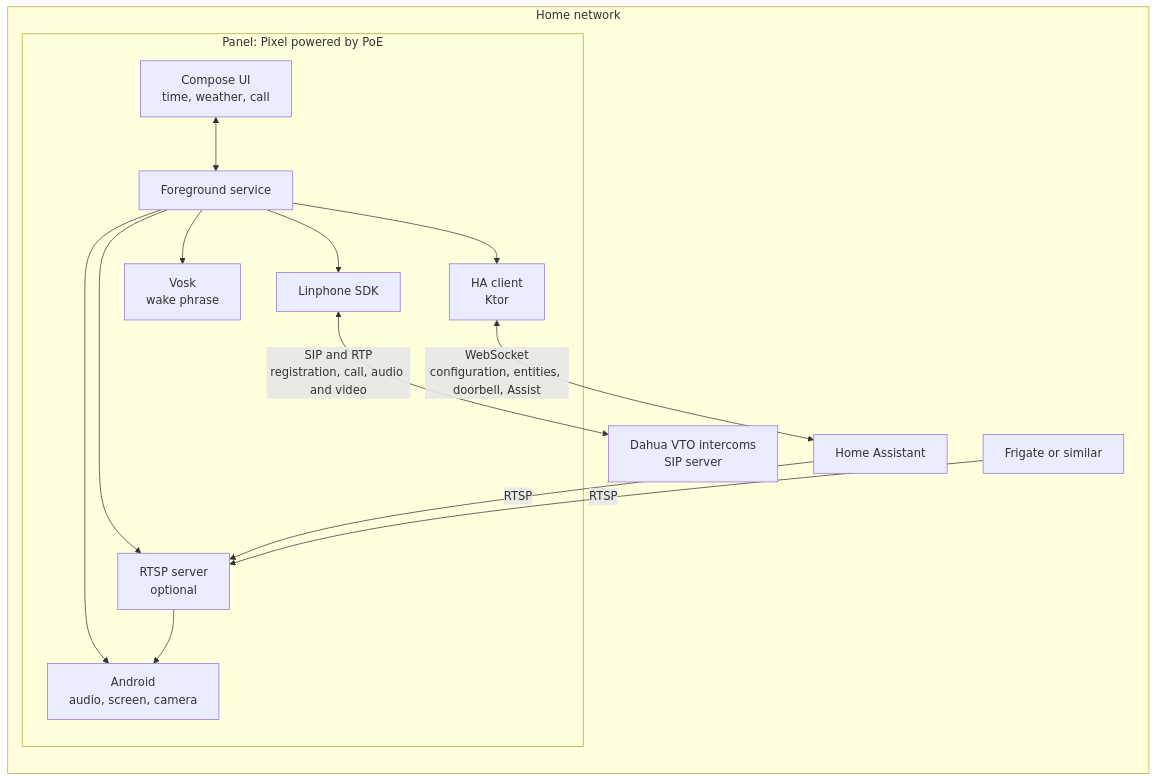
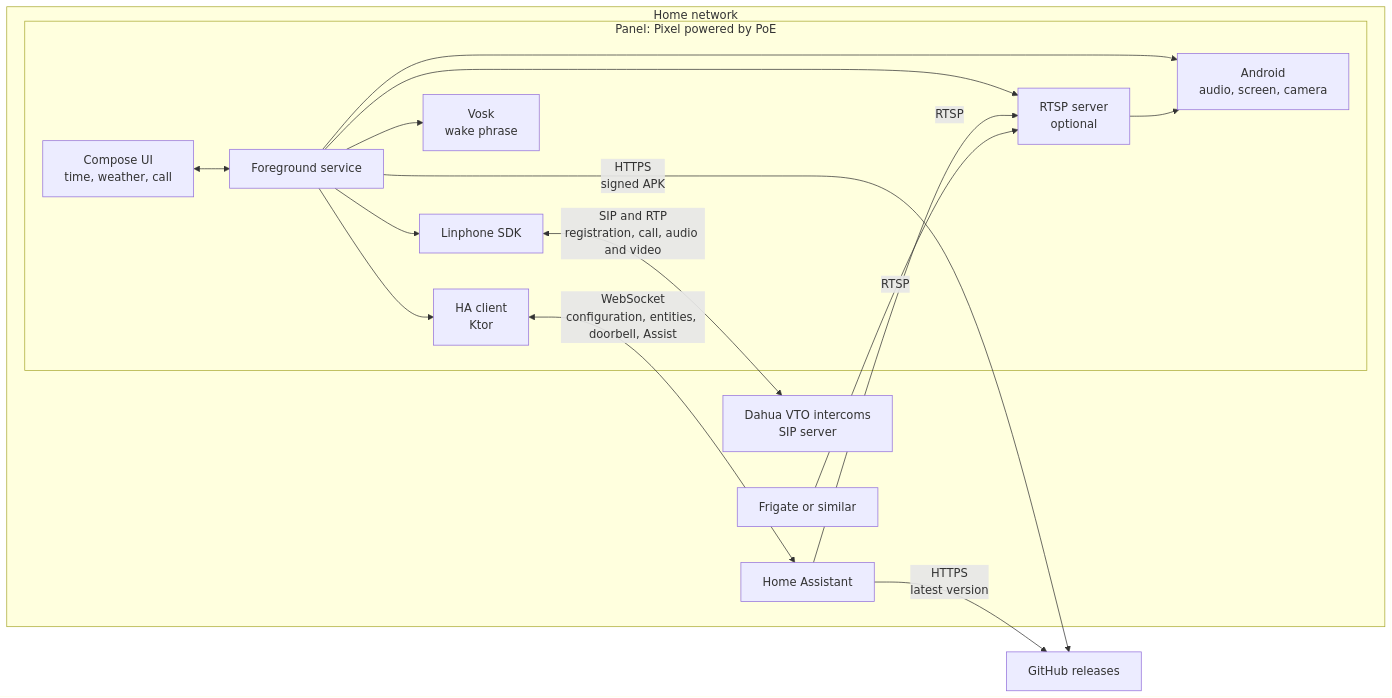
One commit to xoadev/marc2d changed the diagram in README.md. Above: the diagram before and after it, drawn with Mermaid. The commit also changed other lines of this file and 16 other files, not shown here.

First line of the commit message:
feat: Publish the app as a GitHub release and update panels from HA

````diff
--- a/README.md
+++ b/README.md
@@ -38,29 +38,31 @@
 ```mermaid
 flowchart LR
     subgraph home["Home network"]
         subgraph panel["Panel: Pixel powered by PoE"]
             ui["Compose UI<br/>time, weather, call"]
             svc["Foreground service"]
             sip["Linphone SDK"]
             hac["HA client<br/>Ktor"]
             rtsp["RTSP server<br/>optional"]
             voice["Vosk<br/>wake phrase"]
             sys["Android<br/>audio, screen, camera"]
         end
         vto["Dahua VTO intercoms<br/>SIP server"]
         ha["Home Assistant"]
         frigate["Frigate or similar"]
     end
 
     ui <--> svc
     svc --> sip
     svc --> hac
     svc --> rtsp
     svc --> voice
     svc --> sys
     rtsp --> sys
     sip <-- "SIP and RTP<br/>registration, call, audio and video" --> vto
     hac <-- "WebSocket<br/>configuration, entities, doorbell, Assist" --> ha
     ha -- "RTSP" --> rtsp
     frigate -- "RTSP" --> rtsp
+    ha -- "HTTPS<br/>latest version" --> github["GitHub releases"]
+    svc -- "HTTPS<br/>signed APK" --> github
 ```
````
